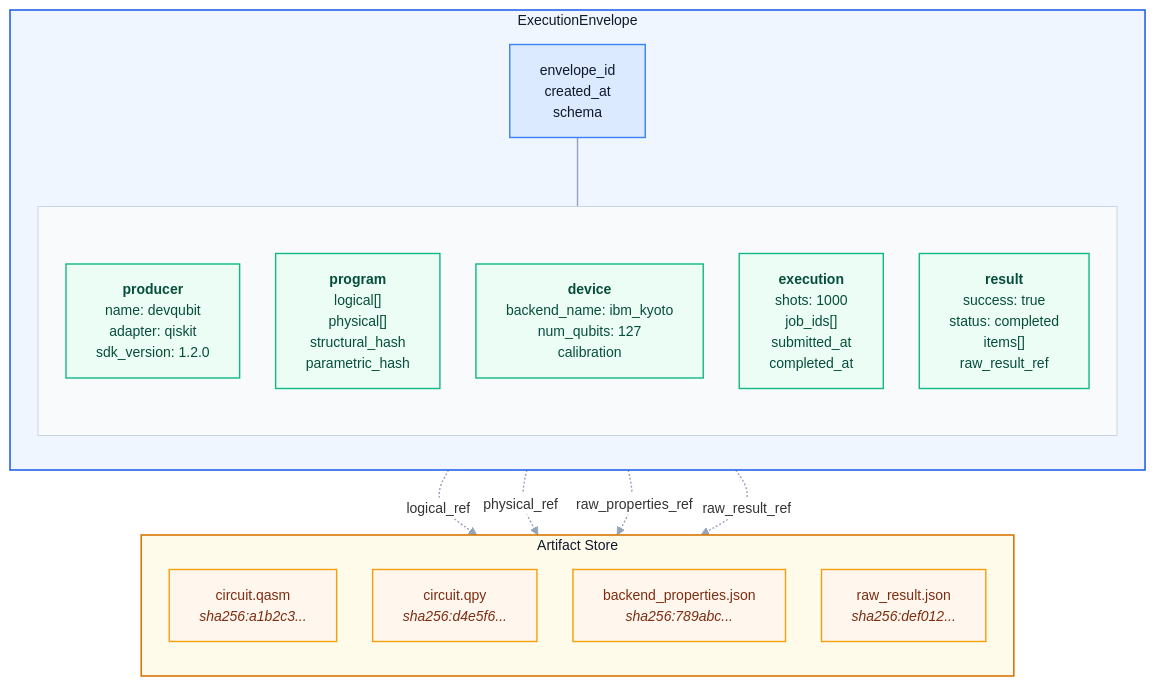
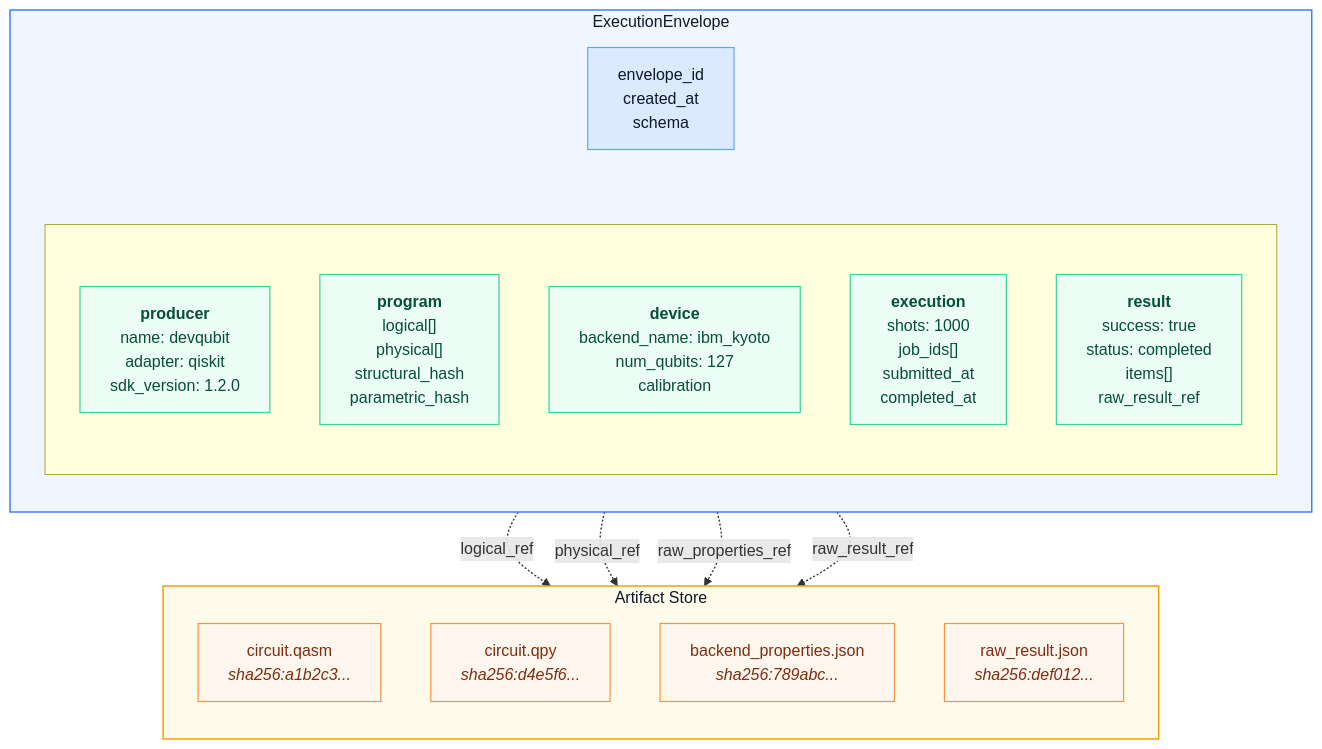
One commit to devqubit-labs/devqubit changed the diagram in docs/concepts/uec.md. Above: the diagram before and after it, drawn with Mermaid. The commit also changed 4 other files, not shown here.

Commit message:
docs: add global Mermaid styling + fix RTD uv install

````diff
--- a/docs/concepts/uec.md
+++ b/docs/concepts/uec.md
@@ -12,66 +12,50 @@
 ```mermaid
-%%{init:{
-  "theme":"base",
-  "flowchart":{"curve":"basis","nodeSpacing":36,"rankSpacing":44,"htmlLabels":true},
-  "themeVariables":{
-    "fontFamily":"ui-sans-serif, system-ui, -apple-system, Segoe UI, Roboto, Ubuntu, Cantarell, Noto Sans, Helvetica, Arial, sans-serif",
-    "fontSize":"14px",
-    "background":"#ffffff",
-    "textColor":"#0f172a",
-    "lineColor":"#94a3b8",
-    "clusterBkg":"#f8fafc",
-    "clusterBorder":"#cbd5e1",
-    "edgeLabelBackground":"#ffffff"
-  }
-}}%%
-
 flowchart TB
   subgraph ENV["ExecutionEnvelope"]
     direction TB
 
     META["envelope_id<br/> created_at<br/> schema<br/>"]
 
     subgraph SNAPSHOTS[" "]
       direction TB
       PROD["<b>producer</b><br/>name: devqubit<br/>adapter: qiskit<br/>sdk_version: 1.2.0"]
 
       PROG["<b>program</b><br/>logical[]<br/>physical[]<br/>structural_hash<br/>parametric_hash"]
 
       DEV["<b>device</b><br/>backend_name: ibm_kyoto<br/>num_qubits: 127<br/>calibration"]
 
       EXEC["<b>execution</b><br/>shots: 1000<br/>job_ids[]<br/>submitted_at<br/>completed_at"]
 
       RES["<b>result</b><br/>success: true<br/>status: completed<br/>items[]<br/>raw_result_ref"]
     end
   end
 
   subgraph STORE["Artifact Store"]
     direction TB
     A1["circuit.qasm<br/><i>sha256:a1b2c3...</i>"]
     A2["circuit.qpy<br/><i>sha256:d4e5f6...</i>"]
     A3["backend_properties.json<br/><i>sha256:789abc...</i>"]
     A4["raw_result.json<br/><i>sha256:def012...</i>"]
   end
 
   META ~~~ SNAPSHOTS
   PROG -.->|logical_ref| A1
   PROG -.->|physical_ref| A2
   DEV -.->|raw_properties_ref| A3
   RES -.->|raw_result_ref| A4
 
-  %% Linki: delikatniejsze i równe
-  linkStyle default stroke:#94a3b8,stroke-width:1.4
+  linkStyle default stroke-width:1.4
 
-  %% Klasy zamiast wielu style-line
-  classDef grpBlue fill:#eff6ff,stroke:#2563eb,stroke-width:1.6,color:#0f172a;
-  classDef grpAmber fill:#fffbeb,stroke:#d97706,stroke-width:1.6,color:#0f172a;
-  classDef cardBlue fill:#dbeafe,stroke:#3b82f6,stroke-width:1.4,color:#0f172a;
-  classDef cardGreen fill:#ecfdf5,stroke:#10b981,stroke-width:1.4,color:#064e3b;
-  classDef artifact fill:#fff7ed,stroke:#f59e0b,stroke-width:1.4,color:#7c2d12;
+  classDef grpBlue fill:#eff6ff,stroke:#3b82f6,stroke-width:1.5,color:#0f172a;
+  classDef grpAmber fill:#fffbeb,stroke:#f59e0b,stroke-width:1.5,color:#0f172a;
+  classDef cardBlue fill:#dbeafe,stroke:#60a5fa,stroke-width:1.2,color:#0f172a;
+  classDef cardGreen fill:#ecfdf5,stroke:#34d399,stroke-width:1.2,color:#064e3b;
+  classDef artifact fill:#fff7ed,stroke:#fb923c,stroke-width:1.2,color:#7c2d12;
 
-  class ENV grpBlue
-  class STORE grpAmber
+  style ENV fill:#eff6ff,stroke:#3b82f6,stroke-width:1.5,color:#0f172a
+  style STORE fill:#fffbeb,stroke:#f59e0b,stroke-width:1.5,color:#0f172a
+
   class META cardBlue
   class PROD,PROG,DEV,EXEC,RES cardGreen
   class A1,A2,A3,A4 artifact
 ```
````
